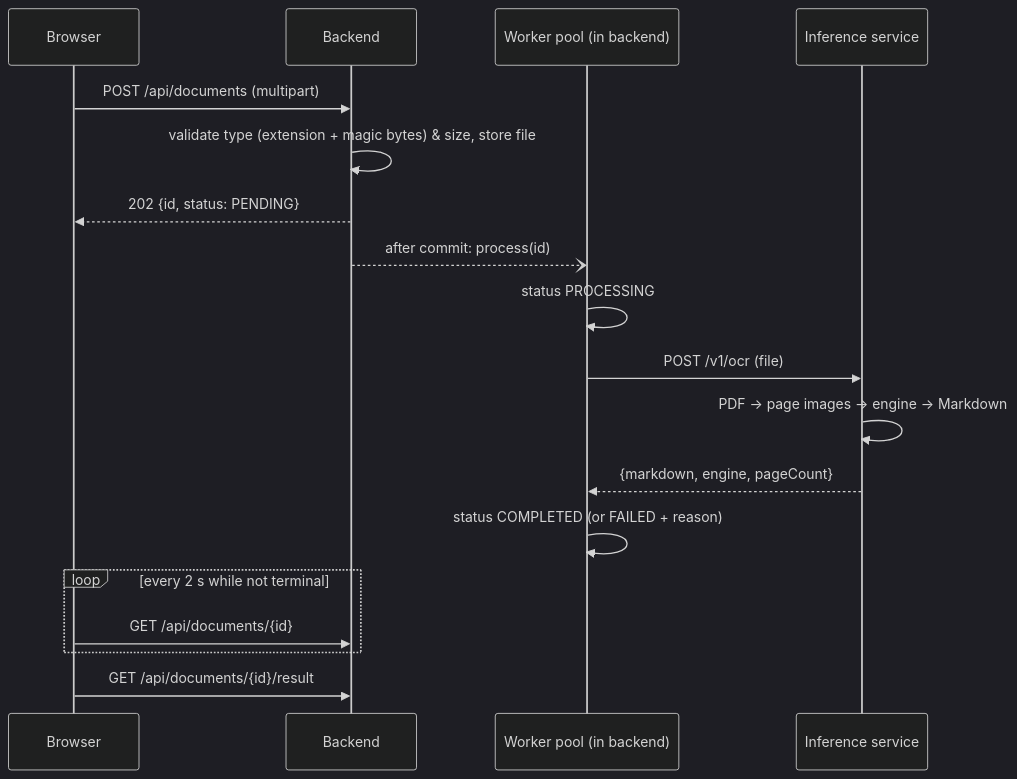
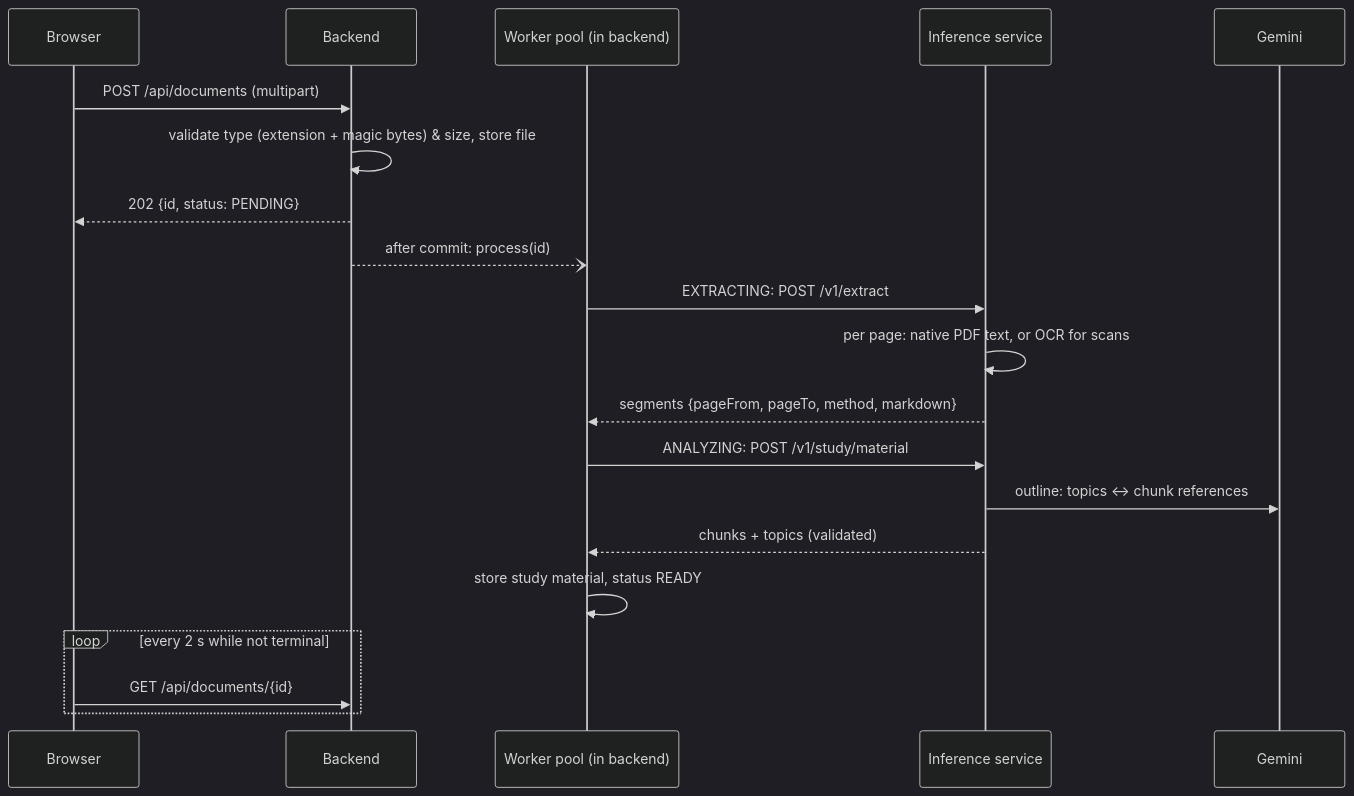
The third of 4 diagrams in docs/architecture/overview.md (supremex04/Sapio), drawn with Mermaid (dark theme) before and after one commit. The commit also changed other lines of this file and 300 other files, not shown here.

````diff
--- a/docs/architecture/overview.md
+++ b/docs/architecture/overview.md
@@ -76,20 +97,22 @@
 ```mermaid
 sequenceDiagram
     participant B as Browser
     participant API as Backend
     participant W as Worker pool (in backend)
     participant INF as Inference service
+    participant LLM as Gemini
     B->>API: POST /api/documents (multipart)
     API->>API: validate type (extension + magic bytes) & size, store file
     API-->>B: 202 {id, status: PENDING}
     API--)W: after commit: process(id)
-    W->>W: status PROCESSING
-    W->>INF: POST /v1/ocr (file)
-    INF->>INF: PDF → page images → engine → Markdown
-    INF-->>W: {markdown, engine, pageCount}
-    W->>W: status COMPLETED (or FAILED + reason)
+    W->>INF: EXTRACTING: POST /v1/extract
+    INF->>INF: per page: native PDF text, or OCR for scans
+    INF-->>W: segments {pageFrom, pageTo, method, markdown}
+    W->>INF: ANALYZING: POST /v1/study/material
+    INF->>LLM: outline: topics ↔ chunk references
+    INF-->>W: chunks + topics (validated)
+    W->>W: store study material, status READY
     loop every 2 s while not terminal
         B->>API: GET /api/documents/{id}
     end
-    B->>API: GET /api/documents/{id}/result
 ```
````
